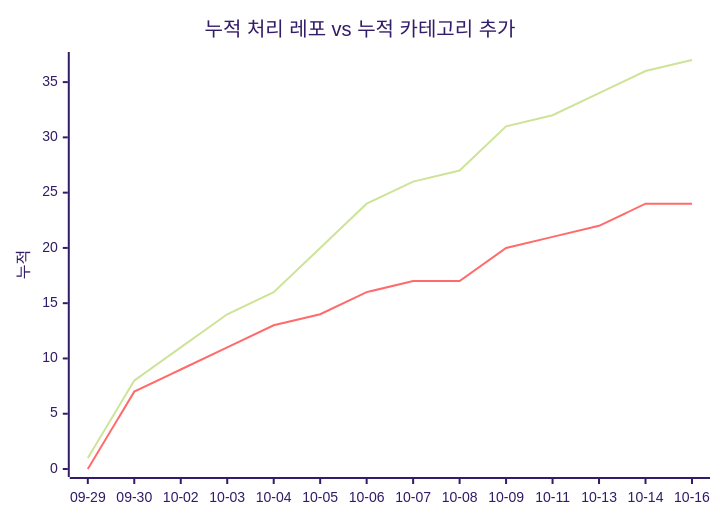
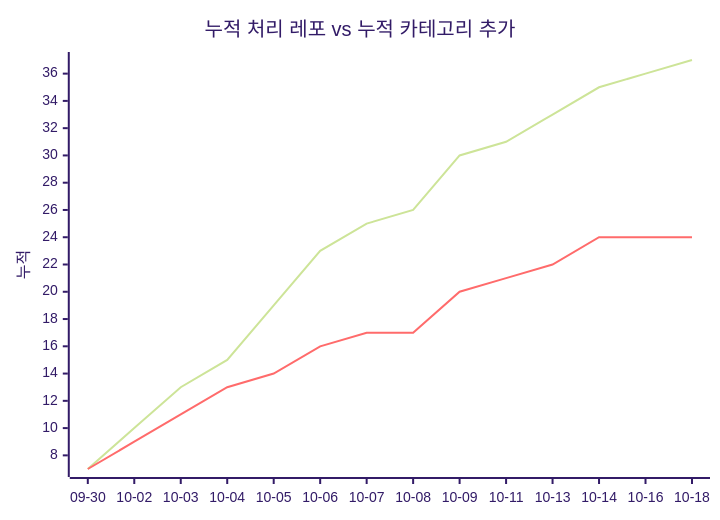
Before and after one commit to J-nowcow/awesome-korean-agent-skills: the second of 2 diagrams in docs/trends.md, drawn with Mermaid (forest theme). The commit also changed other lines of this file and 2 other files, not shown here.

````diff
--- a/docs/trends.md
+++ b/docs/trends.md
@@ -68,8 +68,8 @@
 ```mermaid
 xychart-beta
     title "누적 처리 레포 vs 누적 카테고리 추가"
-    x-axis ["09-29","09-30","10-02","10-03","10-04","10-05","10-06","10-07","10-08","10-09","10-11","10-13","10-14","10-16"]
+    x-axis ["09-30","10-02","10-03","10-04","10-05","10-06","10-07","10-08","10-09","10-11","10-13","10-14","10-16","10-18"]
     y-axis "누적"
-    line [1,8,11,14,16,20,24,26,27,31,32,34,36,37]
-    line [0,7,9,11,13,14,16,17,17,20,21,22,24,24]
+    line [7,10,13,15,19,23,25,26,30,31,33,35,36,37]
+    line [7,9,11,13,14,16,17,17,20,21,22,24,24,24]
 ```
````
